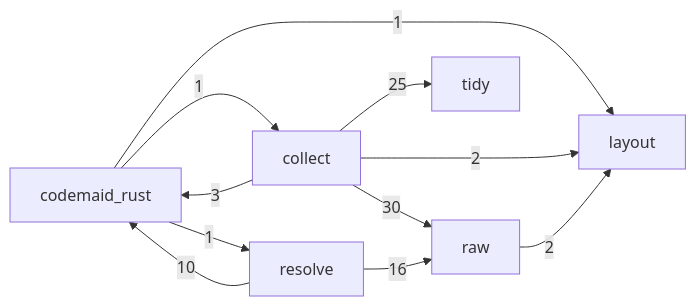
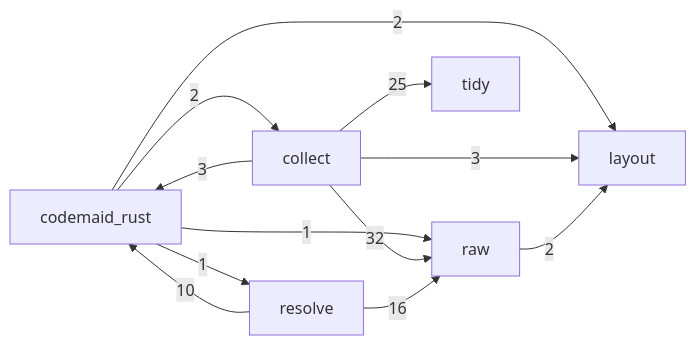
Before and after one commit to DreamLab-AI/codemaid: the fifth of 10 diagrams in docs/codemaid/_overview.md, drawn with Mermaid. The commit also changed other lines of this file and 29 other files, not shown here.

````diff
--- a/docs/codemaid/_overview.md
+++ b/docs/codemaid/_overview.md
@@ -133,19 +138,20 @@
 ```mermaid
 flowchart LR
   codemaid_rust["codemaid_rust"]
   codemaid_rust__collect["collect"]
   codemaid_rust__layout["layout"]
   codemaid_rust__raw["raw"]
   codemaid_rust__resolve["resolve"]
   codemaid_rust__tidy["tidy"]
-  codemaid_rust -->|"1"| codemaid_rust__collect
-  codemaid_rust -->|"1"| codemaid_rust__layout
+  codemaid_rust -->|"2"| codemaid_rust__collect
+  codemaid_rust -->|"2"| codemaid_rust__layout
+  codemaid_rust -->|"1"| codemaid_rust__raw
   codemaid_rust -->|"1"| codemaid_rust__resolve
   codemaid_rust__collect -->|"3"| codemaid_rust
-  codemaid_rust__collect -->|"2"| codemaid_rust__layout
-  codemaid_rust__collect -->|"30"| codemaid_rust__raw
+  codemaid_rust__collect -->|"3"| codemaid_rust__layout
+  codemaid_rust__collect -->|"32"| codemaid_rust__raw
   codemaid_rust__collect -->|"25"| codemaid_rust__tidy
   codemaid_rust__raw -->|"2"| codemaid_rust__layout
   codemaid_rust__resolve -->|"10"| codemaid_rust
   codemaid_rust__resolve -->|"16"| codemaid_rust__raw
 ```
````
